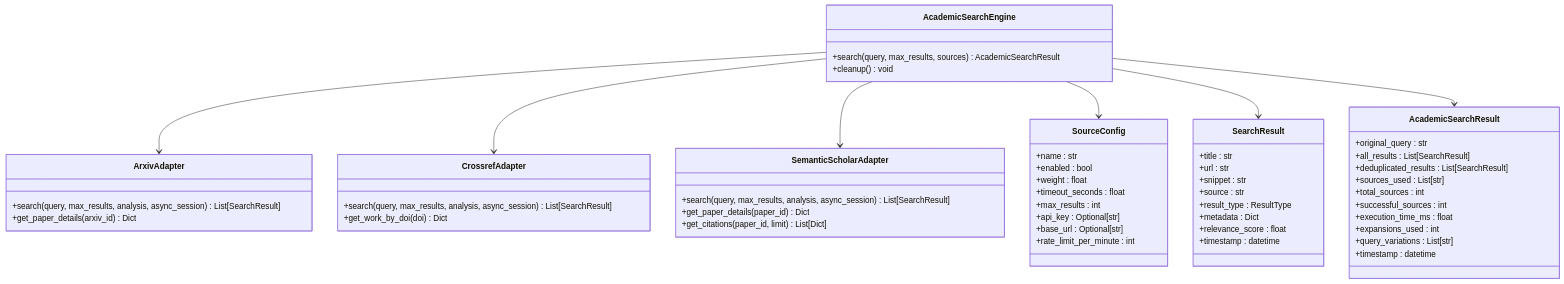
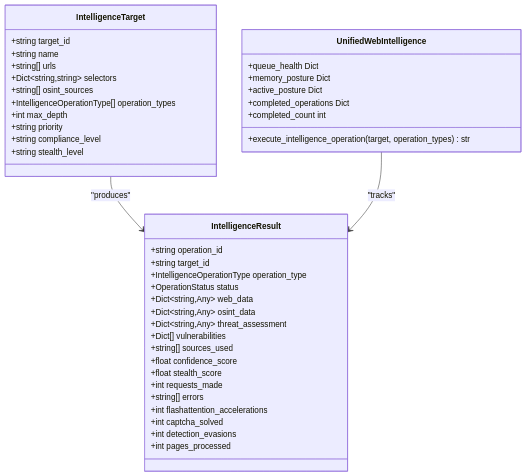
Before and after one commit to Hamulda/hledac-universal: the third of 12 diagrams in .qoder/repowiki/en/content/Intelligence Modules/Intelligence Modules.md, drawn with Mermaid. The commit also changed other lines of this file and 236 other files, not shown here.

````diff
--- a/.qoder/repowiki/en/content/Intelligence Modules/Intelligence Modules.md
+++ b/.qoder/repowiki/en/content/Intelligence Modules/Intelligence Modules.md
@@ -146,58 +142,44 @@
 ```mermaid
 classDiagram
-class AcademicSearchEngine {
-+search(query, max_results, sources) AcademicSearchResult
-+cleanup() void
+class IntelligenceTarget {
++string target_id
++string name
++string[] urls
++Dict~string,string~ selectors
++string[] osint_sources
++IntelligenceOperationType[] operation_types
++int max_depth
++string priority
++string compliance_level
++string stealth_level
 }
-class ArxivAdapter {
-+search(query, max_results, analysis, async_session) List[SearchResult]
-+get_paper_details(arxiv_id) Dict
+class IntelligenceResult {
++string operation_id
++string target_id
++IntelligenceOperationType operation_type
++OperationStatus status
++Dict~string,Any~ web_data
++Dict~string,Any~ osint_data
++Dict~string,Any~ threat_assessment
++Dict[] vulnerabilities
++string[] sources_used
++float confidence_score
++float stealth_score
++int requests_made
++string[] errors
++int flashattention_accelerations
++int captcha_solved
++int detection_evasions
++int pages_processed
 }
-class CrossrefAdapter {
-+search(query, max_results, analysis, async_session) List[SearchResult]
-+get_work_by_doi(doi) Dict
+class UnifiedWebIntelligence {
++execute_intelligence_operation(target, operation_types) str
++queue_health Dict
++memory_posture Dict
++active_posture Dict
++completed_operations Dict
++completed_count int
 }
-class SemanticScholarAdapter {
-+search(query, max_results, analysis, async_session) List[SearchResult]
-+get_paper_details(paper_id) Dict
-+get_citations(paper_id, limit) List[Dict]
-}
-class SourceConfig {
-+name : str
-+enabled : bool
-+weight : float
-+timeout_seconds : float
-+max_results : int
-+api_key : Optional[str]
-+base_url : Optional[str]
-+rate_limit_per_minute : int
-}
-class SearchResult {
-+title : str
-+url : str
-+snippet : str
-+source : str
-+result_type : ResultType
-+metadata : Dict
-+relevance_score : float
-+timestamp : datetime
-}
-class AcademicSearchResult {
-+original_query : str
-+all_results : List[SearchResult]
-+deduplicated_results : List[SearchResult]
-+sources_used : List[str]
-+total_sources : int
-+successful_sources : int
-+execution_time_ms : float
-+expansions_used : int
-+query_variations : List[str]
-+timestamp : datetime
-}
-AcademicSearchEngine --> ArxivAdapter
-AcademicSearchEngine --> CrossrefAdapter
-AcademicSearchEngine --> SemanticScholarAdapter
-AcademicSearchEngine --> SourceConfig
-AcademicSearchEngine --> SearchResult
-AcademicSearchEngine --> AcademicSearchResult
+IntelligenceTarget --> IntelligenceResult : "produces"
+UnifiedWebIntelligence --> IntelligenceResult : "tracks"
 ```
````
